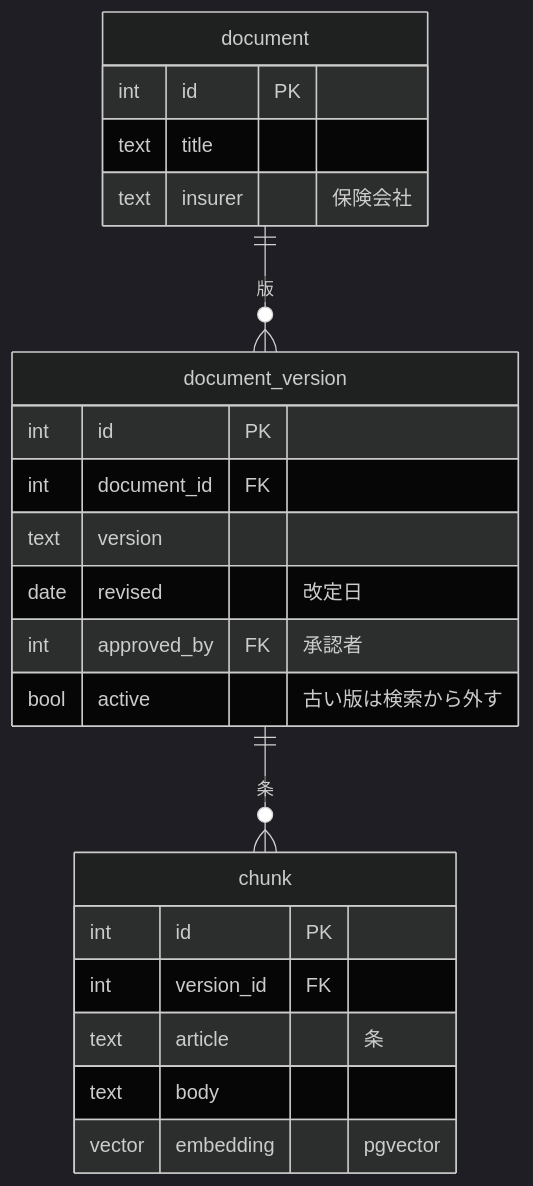
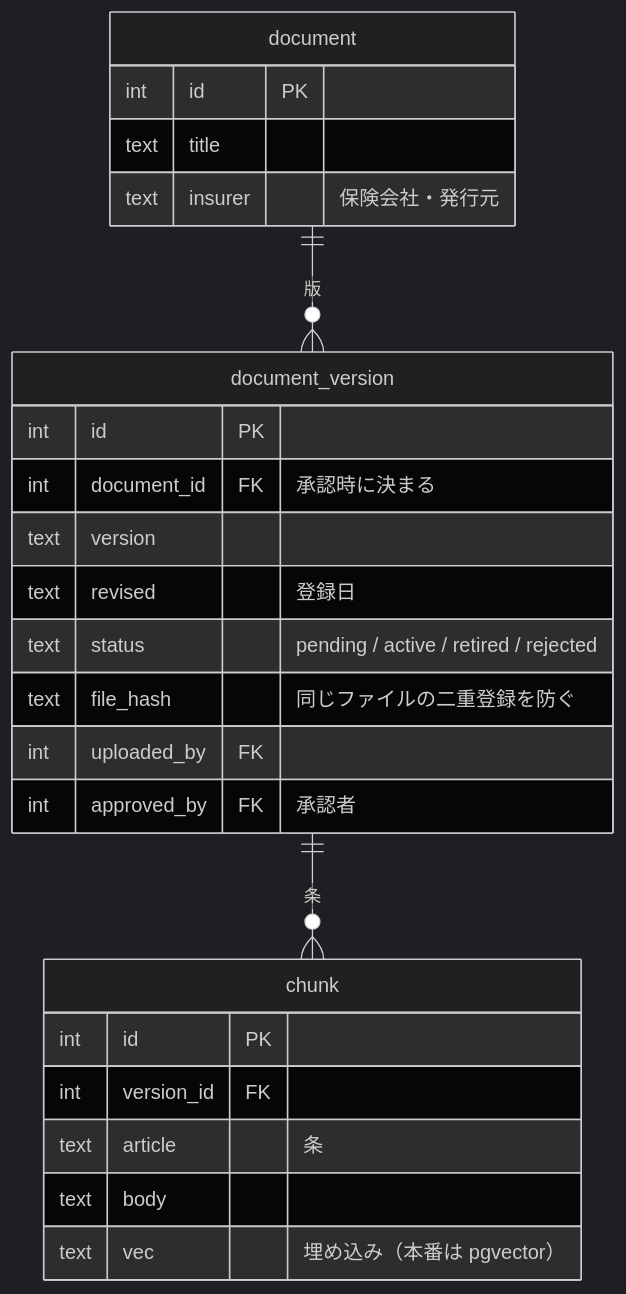
One commit to yugen0203/hokenchat changed the third of 5 diagrams in docs/設計書.md. Above: the diagram before and after it, drawn with Mermaid (dark theme). The commit also changed other lines of this file and 32 other files, not shown here.

````diff
--- a/docs/設計書.md
+++ b/docs/設計書.md
@@ -230,19 +260,21 @@
 ```mermaid
 erDiagram
   document ||--o{ document_version : "版"
   document_version ||--o{ chunk : "条"
   document { int id PK
     text title
-    text insurer "保険会社" }
+    text insurer "保険会社・発行元" }
   document_version { int id PK
-    int document_id FK
+    int document_id FK "承認時に決まる"
     text version
-    date revised "改定日"
-    int approved_by FK "承認者"
-    bool active "古い版は検索から外す" }
+    text revised "登録日"
+    text status "pending / active / retired / rejected"
+    text file_hash "同じファイルの二重登録を防ぐ"
+    int uploaded_by FK
+    int approved_by FK "承認者" }
   chunk { int id PK
     int version_id FK
     text article "条"
     text body
-    vector embedding "pgvector" }
+    text vec "埋め込み（本番は pgvector）" }
 ```
````
